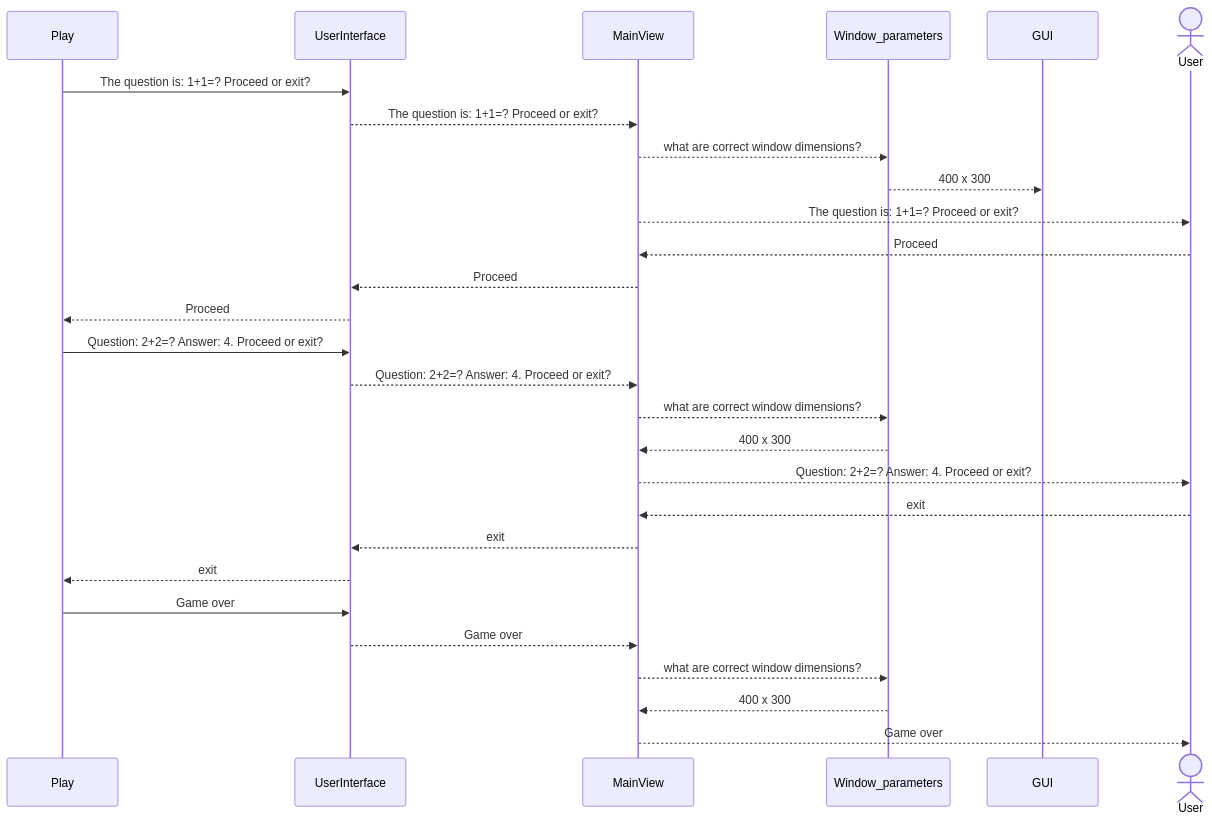
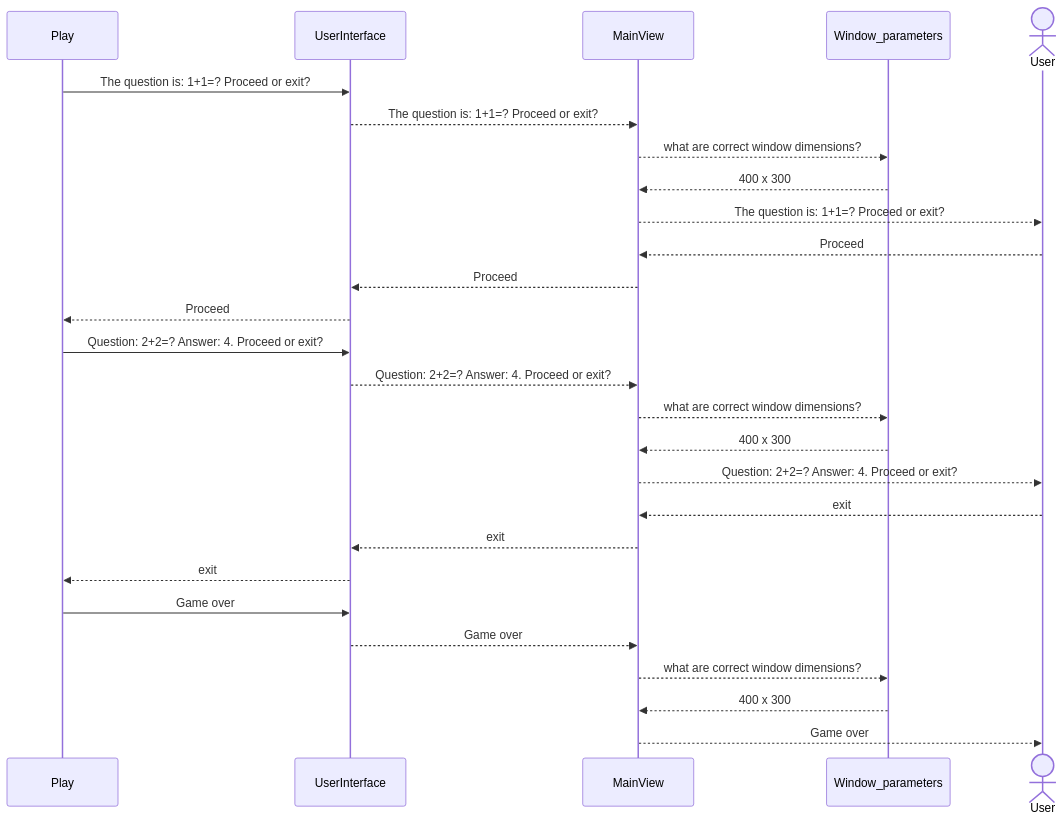
Before and after one commit to platipus82/ot-harjoitustyo: the third of 3 diagrams in dokumentaatio/arkkitehtuuri.MD, drawn with Mermaid.

````diff
--- a/dokumentaatio/arkkitehtuuri.MD
+++ b/dokumentaatio/arkkitehtuuri.MD
@@ -227,26 +227,26 @@
 ```mermaid
 sequenceDiagram
 
     Play->>UserInterface: The question is: 1+1=? Proceed or exit?
     UserInterface-->>MainView: The question is: 1+1=? Proceed or exit?
     MainView-->>Window_parameters: what are correct window dimensions?
-    Window_parameters-->> GUI: 400 x 300
+    Window_parameters-->> MainView: 400 x 300
     actor User
     MainView-->>User: The question is: 1+1=? Proceed or exit?
     User-->>MainView: Proceed
     MainView-->>UserInterface: Proceed
     UserInterface-->>Play: Proceed
     Play->>UserInterface: Question: 2+2=? Answer: 4.  Proceed or exit?
     UserInterface-->>MainView: Question: 2+2=? Answer: 4.  Proceed or exit?
     MainView-->>Window_parameters: what are correct window dimensions?
     Window_parameters-->> MainView: 400 x 300
     MainView-->>User: Question: 2+2=? Answer: 4.  Proceed or exit?
     User-->>MainView: exit
     MainView-->>UserInterface: exit
     UserInterface-->>Play: exit
     Play->>UserInterface: Game over
     UserInterface-->>MainView: Game over
     MainView-->>Window_parameters: what are correct window dimensions?
     Window_parameters-->> MainView: 400 x 300
     MainView-->>User: Game over
 ```    
````
